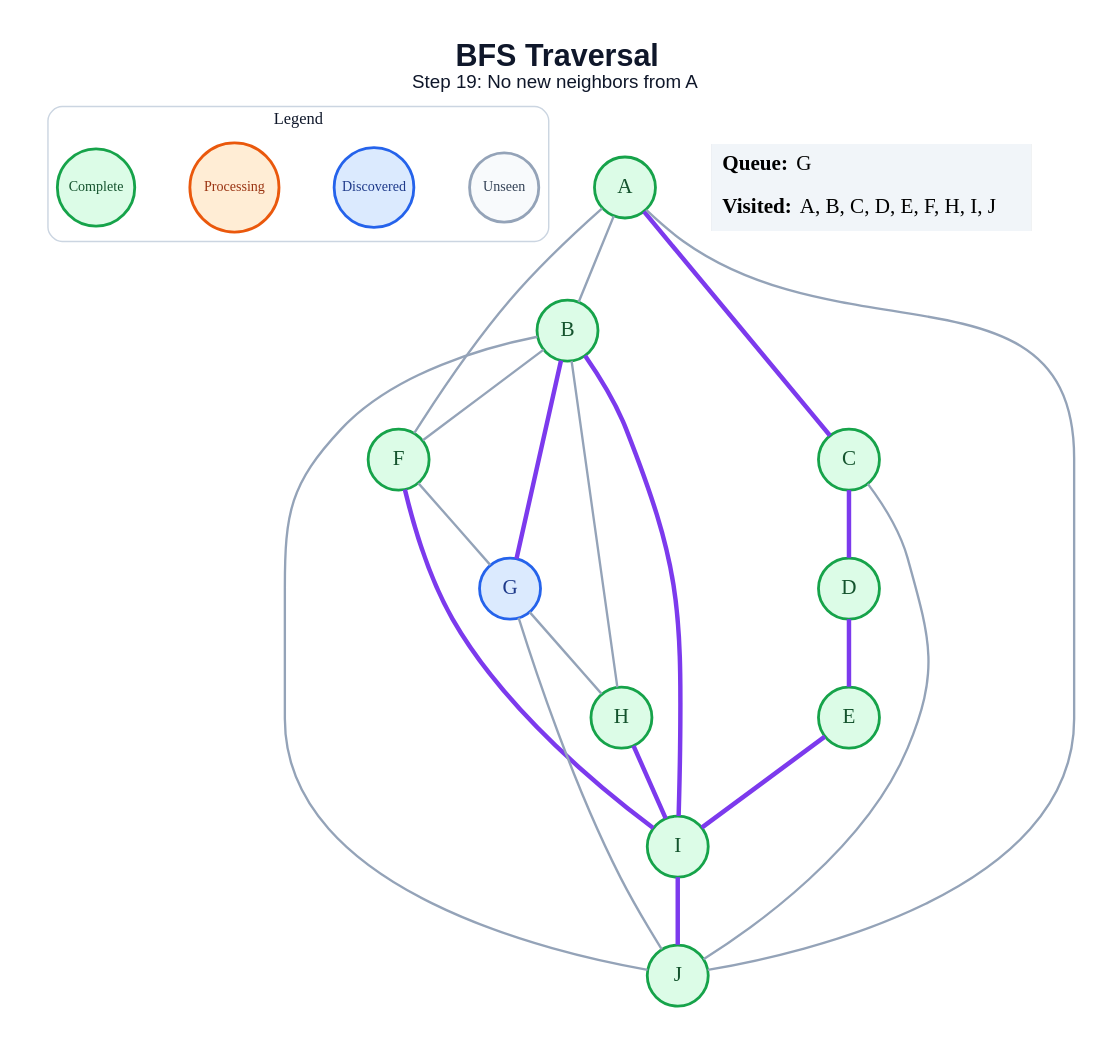
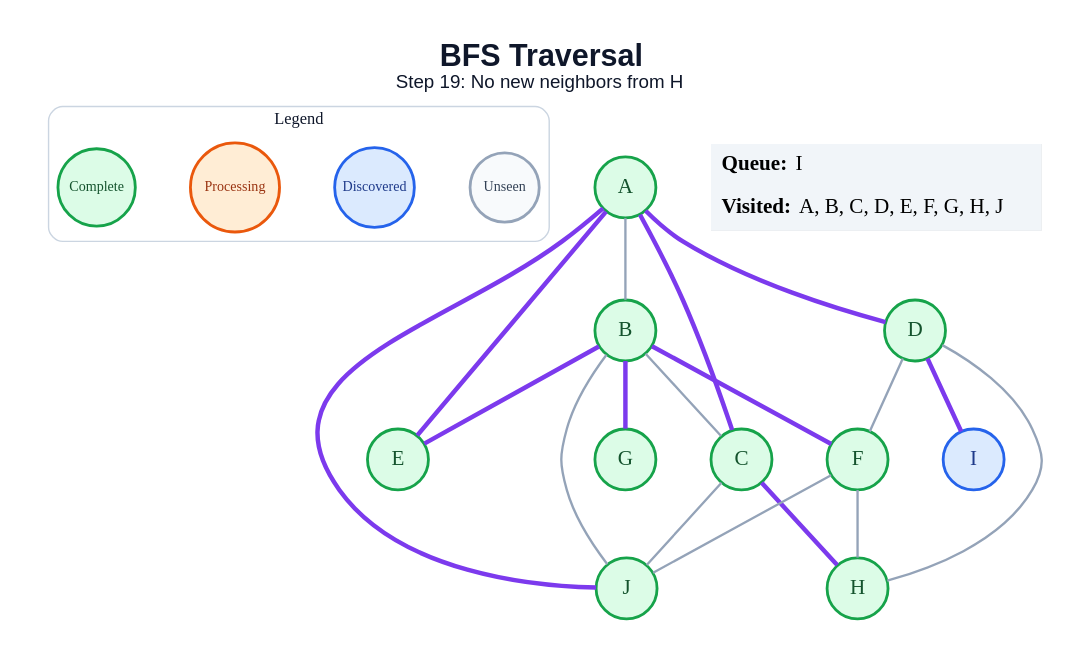
The diagram in generated/specific-node/bfs/step_19.dot (amanghodawala9/ai-slop), drawn with Graphviz before and after one commit. The commit also changed 178 other files, not shown here.

```diff
--- a/generated/specific-node/bfs/step_19.dot
+++ b/generated/specific-node/bfs/step_19.dot
@@ -1,48 +1,46 @@
 graph traversal {
   graph [layout=dot, rankdir=TB, bgcolor="#FFFFFF", pad="0.35", nodesep="0.65", ranksep="0.8", fontname="Arial"];
   node [shape=circle, style="filled", fontname="Arial Bold", fontsize=18, width=0.72, fixedsize=true, penwidth=2.4];
   edge [color="#94A3B8", penwidth=2.0];
-  label=<<B>BFS Traversal</B><BR/><FONT POINT-SIZE="16">Step 19: No new neighbors from A</FONT>>; labelloc="t"; fontsize=26; fontname="Arial"; fontcolor="#0F172A";
+  label=<<B>BFS Traversal</B><BR/><FONT POINT-SIZE="16">Step 19: No new neighbors from H</FONT>>; labelloc="t"; fontsize=26; fontname="Arial"; fontcolor="#0F172A";
   subgraph cluster_legend { label="Legend"; color="#CBD5E1"; penwidth=1.2; style="rounded"; fontsize=14; fontname="Arial Bold";
     key_unseen [label="Unseen", fillcolor="#F8FAFC", color="#94A3B8", fontcolor="#334155", fontsize=12, width=0.82];
     key_frontier [label="Discovered", fillcolor="#DBEAFE", color="#2563EB", fontcolor="#1E3A8A", fontsize=12, width=0.95];
     key_current [label="Processing", fillcolor="#FFEDD5", color="#EA580C", fontcolor="#9A3412", fontsize=12, width=1.05];
     key_done [label="Complete", fillcolor="#DCFCE7", color="#16A34A", fontcolor="#14532D", fontsize=12, width=0.92];
     { rank=same; key_unseen; key_frontier; key_current; key_done; }
   }
   A [fillcolor="#DCFCE7", color="#16A34A", fontcolor="#14532D"];
   B [fillcolor="#DCFCE7", color="#16A34A", fontcolor="#14532D"];
   C [fillcolor="#DCFCE7", color="#16A34A", fontcolor="#14532D"];
   D [fillcolor="#DCFCE7", color="#16A34A", fontcolor="#14532D"];
   E [fillcolor="#DCFCE7", color="#16A34A", fontcolor="#14532D"];
   F [fillcolor="#DCFCE7", color="#16A34A", fontcolor="#14532D"];
-  G [fillcolor="#DBEAFE", color="#2563EB", fontcolor="#1E3A8A"];
+  G [fillcolor="#DCFCE7", color="#16A34A", fontcolor="#14532D"];
   H [fillcolor="#DCFCE7", color="#16A34A", fontcolor="#14532D"];
-  I [fillcolor="#DCFCE7", color="#16A34A", fontcolor="#14532D"];
+  I [fillcolor="#DBEAFE", color="#2563EB", fontcolor="#1E3A8A"];
   J [fillcolor="#DCFCE7", color="#16A34A", fontcolor="#14532D"];
   A -- B;
   A -- C [color="#7C3AED", penwidth=3.8];
-  A -- F;
-  A -- J;
-  B -- F;
+  A -- D [color="#7C3AED", penwidth=3.8];
+  A -- E [color="#7C3AED", penwidth=3.8];
+  A -- J [color="#7C3AED", penwidth=3.8];
+  B -- C;
+  B -- E [color="#7C3AED", penwidth=3.8];
+  B -- F [color="#7C3AED", penwidth=3.8];
   B -- G [color="#7C3AED", penwidth=3.8];
-  B -- H;
-  B -- I [color="#7C3AED", penwidth=3.8];
   B -- J;
-  C -- D [color="#7C3AED", penwidth=3.8];
+  C -- H [color="#7C3AED", penwidth=3.8];
   C -- J;
-  D -- E [color="#7C3AED", penwidth=3.8];
-  E -- I [color="#7C3AED", penwidth=3.8];
-  F -- G;
-  F -- I [color="#7C3AED", penwidth=3.8];
-  G -- H;
-  G -- J;
-  H -- I [color="#7C3AED", penwidth=3.8];
-  I -- J [color="#7C3AED", penwidth=3.8];
+  D -- F;
+  D -- H;
+  D -- I [color="#7C3AED", penwidth=3.8];
+  F -- H;
+  F -- J;
   status [shape=plain, fixedsize=false, width=0, height=0, margin=0, label=<
     <TABLE BORDER="0" CELLBORDER="0" CELLPADDING="7" BGCOLOR="#F1F5F9">
-      <TR><TD ALIGN="LEFT"><B>Queue:</B> G</TD></TR>
-      <TR><TD ALIGN="LEFT"><B>Visited:</B> A, B, C, D, E, F, H, I, J</TD></TR>
+      <TR><TD ALIGN="LEFT"><B>Queue:</B> I</TD></TR>
+      <TR><TD ALIGN="LEFT"><B>Visited:</B> A, B, C, D, E, F, G, H, J</TD></TR>
     </TABLE>
   >];
 }
```
